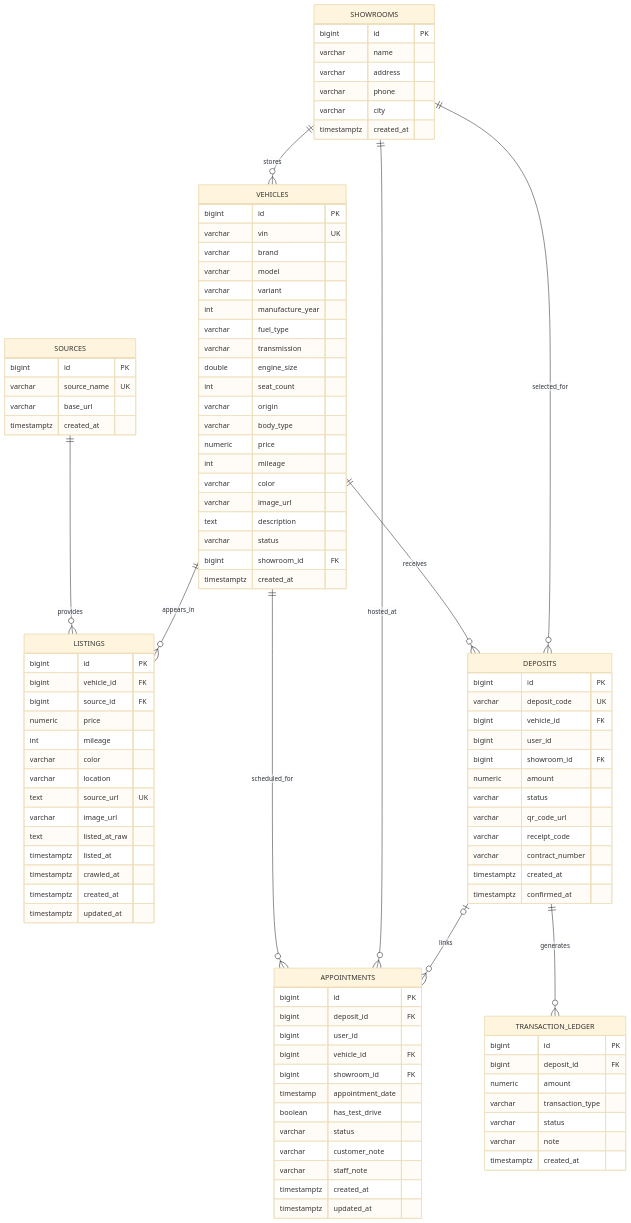
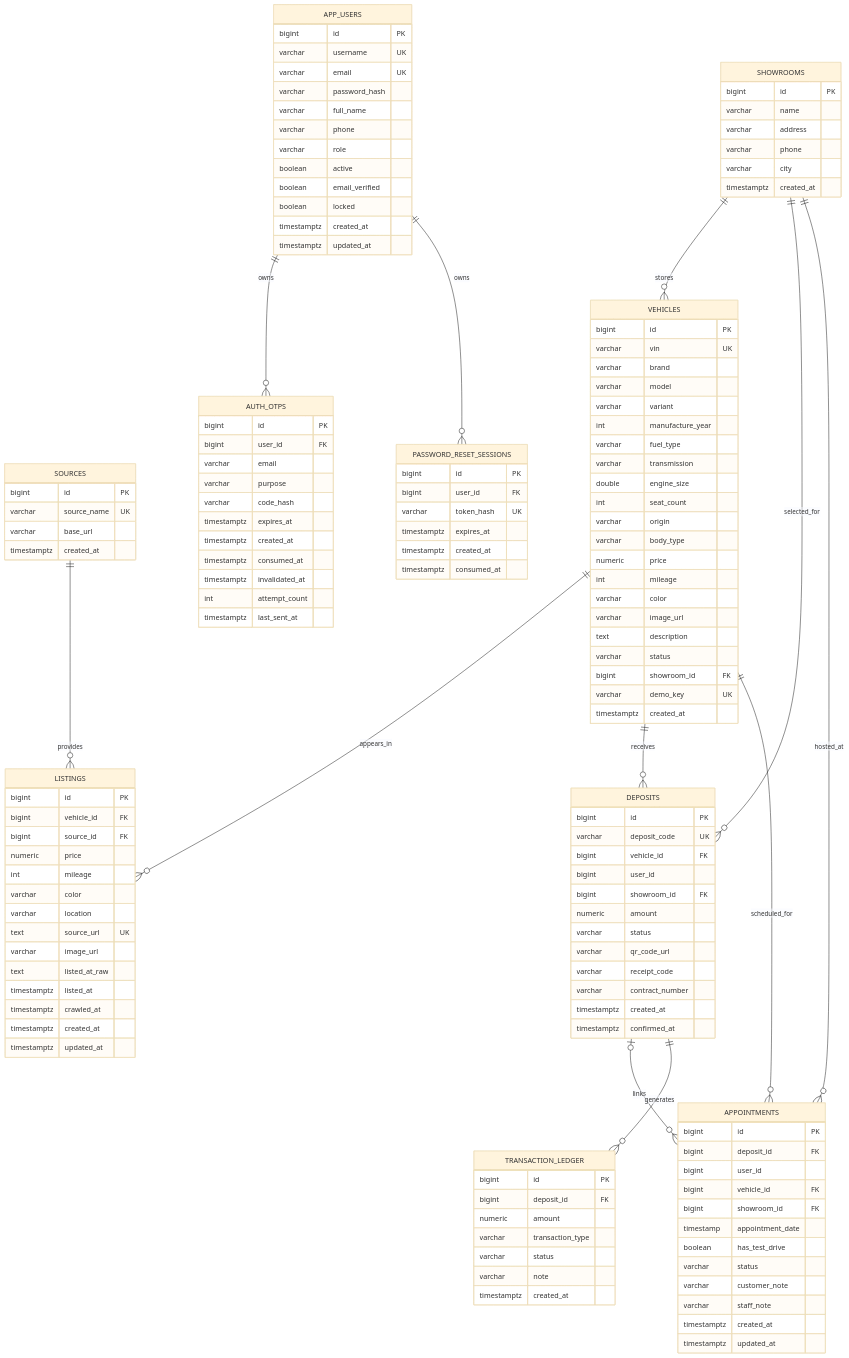
One commit to Trung-Khang/AutoTrade changed the diagram in docs/Database/ERD/ERD.md. Above: the diagram before and after it, drawn with Mermaid (base theme). The commit also changed other lines of this file and 9 other files, not shown here.

Commit message:
docs(TV5): cập nhật tài liệu UML, CSDL, SRS và báo cáo tiến độ TV5 - Sáng 1/10/2026

````diff
--- a/docs/Database/ERD/ERD.md
+++ b/docs/Database/ERD/ERD.md
@@ -17,6 +17,8 @@
     SHOWROOMS ||--o{ APPOINTMENTS : hosted_at
     DEPOSITS o|--o{ APPOINTMENTS : links
     DEPOSITS ||--o{ TRANSACTION_LEDGER : generates
+    APP_USERS ||--o{ AUTH_OTPS : owns
+    APP_USERS ||--o{ PASSWORD_RESET_SESSIONS : owns
 
     SOURCES {
       bigint id PK
@@ -45,6 +47,7 @@
       text description
       varchar status
       bigint showroom_id FK
+      varchar demo_key UK
       timestamptz created_at
     }
 
@@ -113,4 +116,42 @@
       varchar note
       timestamptz created_at
     }
+
+    APP_USERS {
+      bigint id PK
+      varchar username UK
+      varchar email UK
+      varchar password_hash
+      varchar full_name
+      varchar phone
+      varchar role
+      boolean active
+      boolean email_verified
+      boolean locked
+      timestamptz created_at
+      timestamptz updated_at
+    }
+
+    AUTH_OTPS {
+      bigint id PK
+      bigint user_id FK
+      varchar email
+      varchar purpose
+      varchar code_hash
+      timestamptz expires_at
+      timestamptz created_at
+      timestamptz consumed_at
+      timestamptz invalidated_at
+      int attempt_count
+      timestamptz last_sent_at
+    }
+
+    PASSWORD_RESET_SESSIONS {
+      bigint id PK
+      bigint user_id FK
+      varchar token_hash UK
+      timestamptz expires_at
+      timestamptz created_at
+      timestamptz consumed_at
+    }
 ```
````
